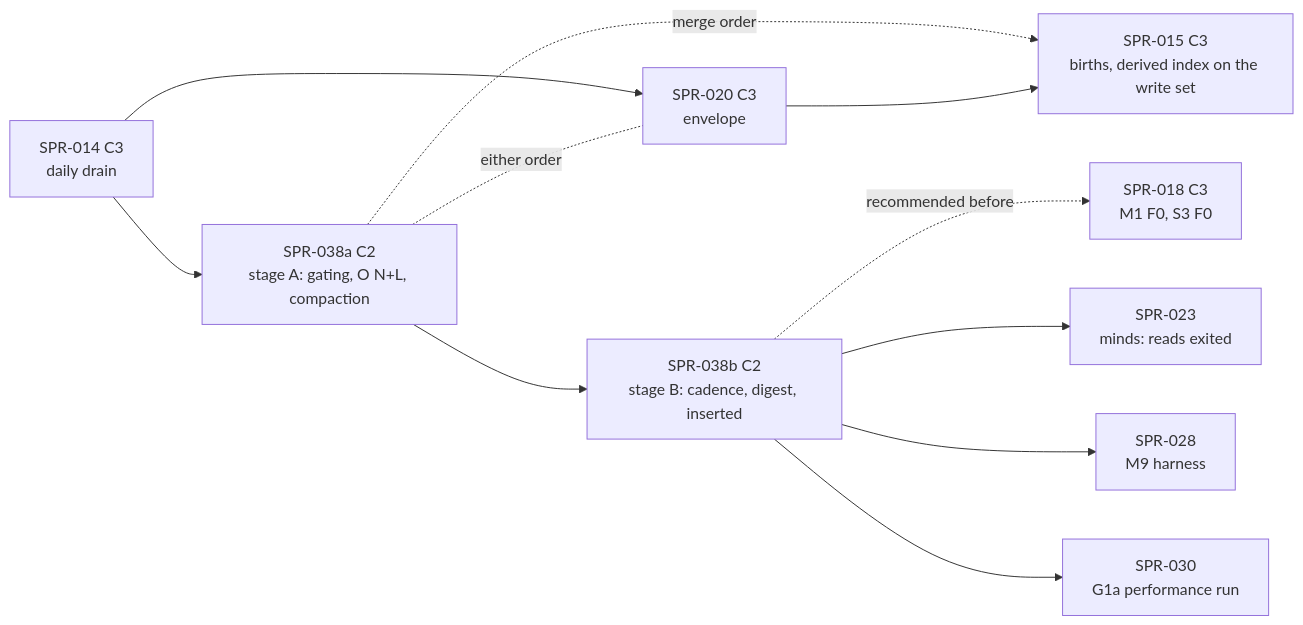
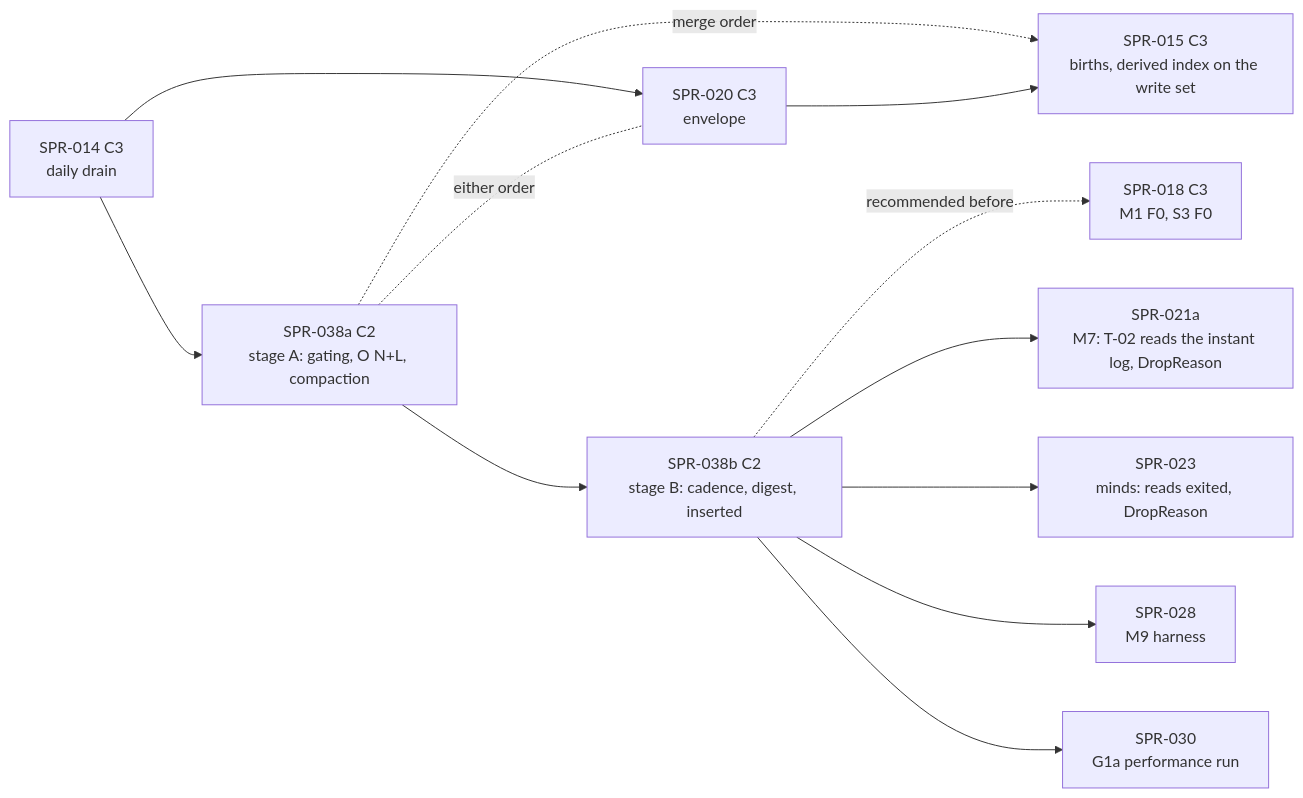
Before and after one commit to BigRigVibeCoder/Rehoboam: the diagram in CODEX/05_PROJECT/SPR-038_PerInstantCost.md, drawn with Mermaid. The commit also changed other lines of this file and 2 other files, not shown here.

First line of the commit message:
plan(P1a): SPR-038 revision 3: stage B owns the one DropReason change (R14); SPR-038b -> SPR-021a edge in PRJ-002 [C1]

````diff
--- a/CODEX/05_PROJECT/SPR-038_PerInstantCost.md
+++ b/CODEX/05_PROJECT/SPR-038_PerInstantCost.md
@@ -482,13 +495,14 @@
 ```mermaid
 flowchart LR
   S014[SPR-014 C3<br/>daily drain] --> S038a[SPR-038a C2<br/>stage A: gating, O N+L, compaction]
   S014 --> S020[SPR-020 C3<br/>envelope]
   S038a -.either order.- S020
   S038a -.merge order.-> S015[SPR-015 C3<br/>births, derived index on the write set]
   S020 --> S015
   S038a --> S038b[SPR-038b C2<br/>stage B: cadence, digest, inserted]
   S038b -.recommended before.-> S018[SPR-018 C3<br/>M1 F0, S3 F0]
-  S038b --> S023[SPR-023<br/>minds: reads exited]
+  S038b --> S021a[SPR-021a<br/>M7: T-02 reads the instant log, DropReason]
+  S038b --> S023[SPR-023<br/>minds: reads exited, DropReason]
   S038b --> S028[SPR-028<br/>M9 harness]
   S038b --> S030[SPR-030<br/>G1a performance run]
 ```
````
